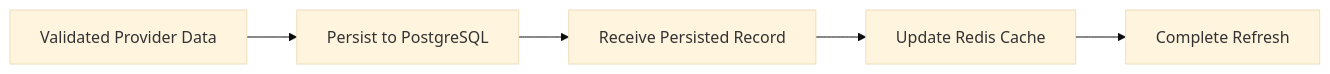
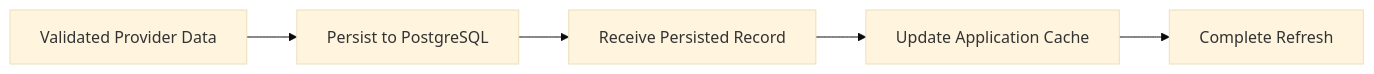
Before and after one commit to JoelBright/crypto-price-api: the second of 4 diagrams in docs/ENGINEERING_JOURNAL.md, drawn with Mermaid (base theme). The commit also changed other lines of this file and 6 other files, not shown here.

````diff
--- a/docs/ENGINEERING_JOURNAL.md
+++ b/docs/ENGINEERING_JOURNAL.md
@@ -1070,13 +1064,13 @@
 ```mermaid
 flowchart LR
     ProviderData[Validated Provider Data]
     Persist[Persist to PostgreSQL]
     Persisted[Receive Persisted Record]
-    Cache[Update Redis Cache]
+    Cache[Update Application Cache]
     Complete[Complete Refresh]
 
     ProviderData --> Persist
     Persist --> Persisted
     Persisted --> Cache
     Cache --> Complete
 ```
````
